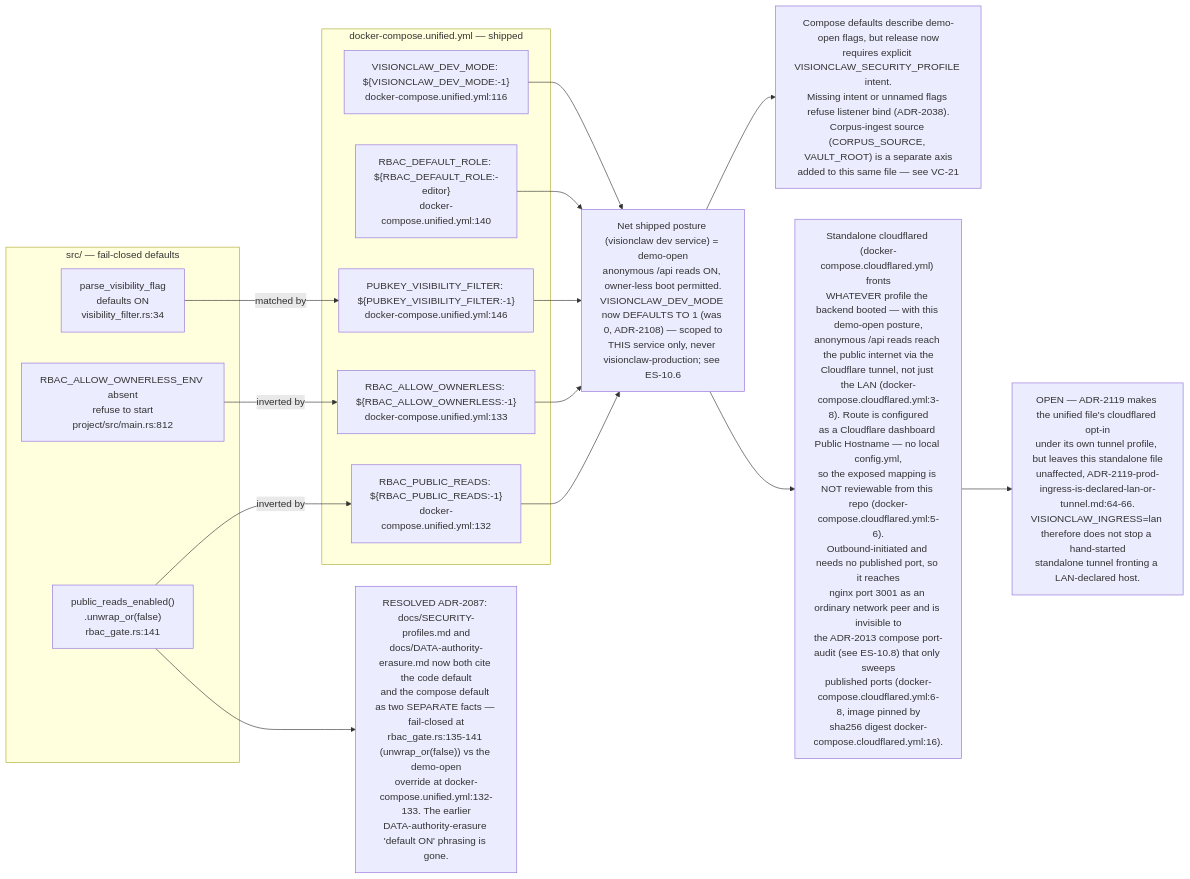
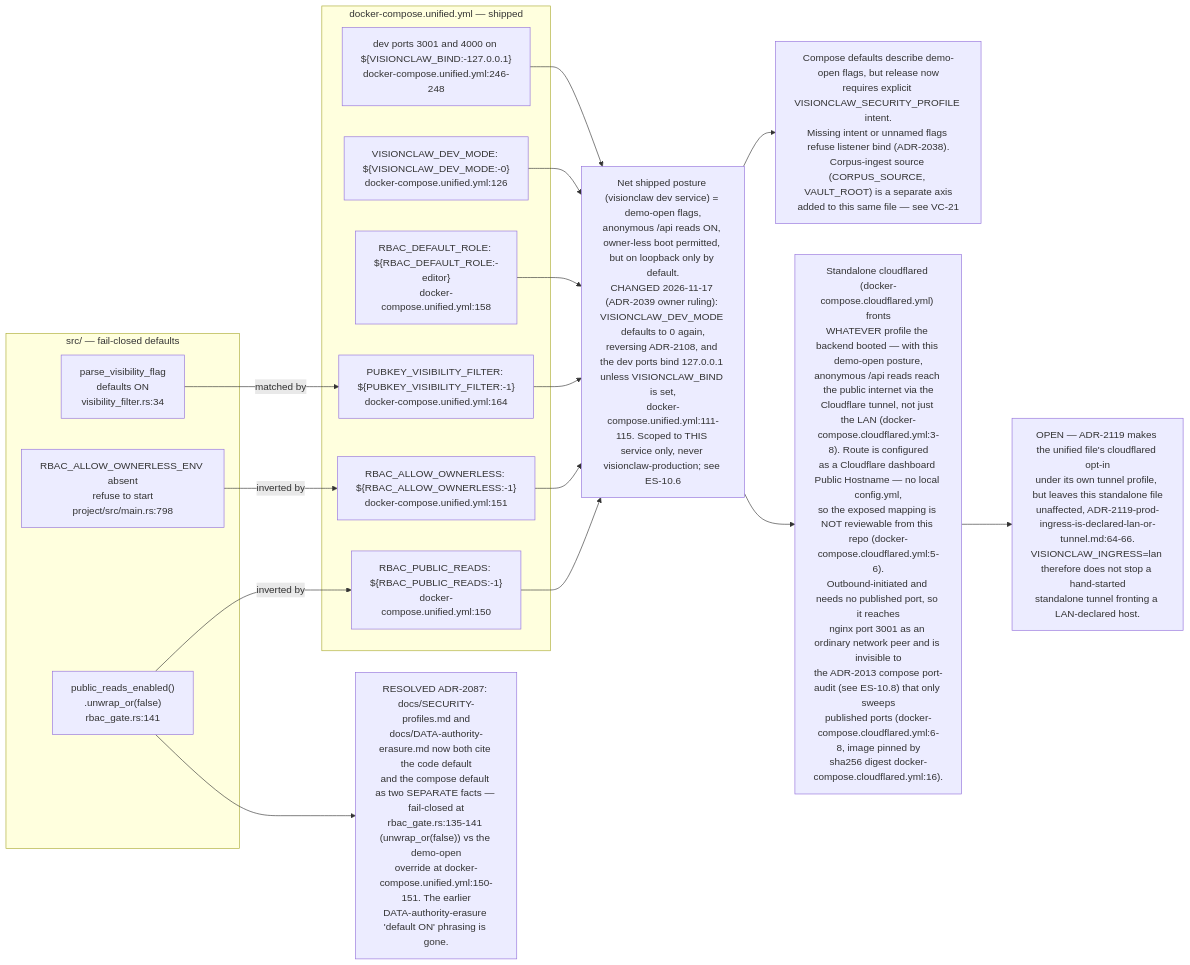
One commit to DreamLab-AI/VisionFlow changed the third of 11 diagrams in docs/diagrams/estate/10-deployment-and-security-profiles.md. Above: the diagram before and after it, drawn with Mermaid. The commit also changed other lines of this file and 5 other files, not shown here.

````diff
--- a/docs/diagrams/estate/10-deployment-and-security-profiles.md
+++ b/docs/diagrams/estate/10-deployment-and-security-profiles.md
@@ -151,33 +151,35 @@
 ```mermaid
 flowchart LR
     subgraph codeside["src/ — fail-closed defaults"]
         A1["public_reads_enabled()<br/>.unwrap_or(false)<br/>rbac_gate.rs:141"]
-        A2["RBAC_ALLOW_OWNERLESS_ENV absent<br/>refuse to start<br/>project/src/main.rs:812"]
+        A2["RBAC_ALLOW_OWNERLESS_ENV absent<br/>refuse to start<br/>project/src/main.rs:798"]
         A3["parse_visibility_flag<br/>defaults ON<br/>visibility_filter.rs:34"]
     end
     subgraph composeside["docker-compose.unified.yml — shipped"]
-        B1["RBAC_PUBLIC_READS: ${RBAC_PUBLIC_READS:-1}<br/>docker-compose.unified.yml:132"]
-        B2["RBAC_ALLOW_OWNERLESS: ${RBAC_ALLOW_OWNERLESS:-1}<br/>docker-compose.unified.yml:133"]
-        B3["PUBKEY_VISIBILITY_FILTER: ${PUBKEY_VISIBILITY_FILTER:-1}<br/>docker-compose.unified.yml:146"]
-        B4["RBAC_DEFAULT_ROLE: ${RBAC_DEFAULT_ROLE:-editor}<br/>docker-compose.unified.yml:140"]
-        B5["VISIONCLAW_DEV_MODE: ${VISIONCLAW_DEV_MODE:-1}<br/>docker-compose.unified.yml:116"]
+        B1["RBAC_PUBLIC_READS: ${RBAC_PUBLIC_READS:-1}<br/>docker-compose.unified.yml:150"]
+        B2["RBAC_ALLOW_OWNERLESS: ${RBAC_ALLOW_OWNERLESS:-1}<br/>docker-compose.unified.yml:151"]
+        B3["PUBKEY_VISIBILITY_FILTER: ${PUBKEY_VISIBILITY_FILTER:-1}<br/>docker-compose.unified.yml:164"]
+        B4["RBAC_DEFAULT_ROLE: ${RBAC_DEFAULT_ROLE:-editor}<br/>docker-compose.unified.yml:158"]
+        B5["VISIONCLAW_DEV_MODE: ${VISIONCLAW_DEV_MODE:-0}<br/>docker-compose.unified.yml:126"]
+        B6["dev ports 3001 and 4000 on ${VISIONCLAW_BIND:-127.0.0.1}<br/>docker-compose.unified.yml:246-248"]
     end
-    NET["Net shipped posture (visionclaw dev service) = demo-open<br/>anonymous /api reads ON, owner-less boot permitted.<br/>VISIONCLAW_DEV_MODE now DEFAULTS TO 1 (was 0, ADR-2108) — scoped to<br/>THIS service only, never visionclaw-production; see ES-10.6"]
+    NET["Net shipped posture (visionclaw dev service) = demo-open flags,<br/>anonymous /api reads ON, owner-less boot permitted, but on loopback only by default.<br/>CHANGED 2026-11-17 (ADR-2039 owner ruling): VISIONCLAW_DEV_MODE defaults to 0 again,<br/>reversing ADR-2108, and the dev ports bind 127.0.0.1 unless VISIONCLAW_BIND is set,<br/>docker-compose.unified.yml:111-115. Scoped to THIS service only, never visionclaw-production; see ES-10.6"]
     DRIFT1["Compose defaults describe demo-open flags, but release now<br/>requires explicit VISIONCLAW_SECURITY_PROFILE intent.<br/>Missing intent or unnamed flags refuse listener bind (ADR-2038).<br/>Corpus-ingest source (CORPUS_SOURCE, VAULT_ROOT) is a separate axis<br/>added to this same file — see VC-21"]
-    DRIFT2["RESOLVED ADR-2087: docs/SECURITY-profiles.md and<br/>docs/DATA-authority-erasure.md now both cite the code default<br/>and the compose default as two SEPARATE facts — fail-closed at<br/>rbac_gate.rs:135-141 (unwrap_or(false)) vs the demo-open<br/>override at docker-compose.unified.yml:132-133. The earlier<br/>DATA-authority-erasure 'default ON' phrasing is gone."]
+    DRIFT2["RESOLVED ADR-2087: docs/SECURITY-profiles.md and<br/>docs/DATA-authority-erasure.md now both cite the code default<br/>and the compose default as two SEPARATE facts — fail-closed at<br/>rbac_gate.rs:135-141 (unwrap_or(false)) vs the demo-open<br/>override at docker-compose.unified.yml:150-151. The earlier<br/>DATA-authority-erasure 'default ON' phrasing is gone."]
     CFT["Standalone cloudflared (docker-compose.cloudflared.yml) fronts<br/>WHATEVER profile the backend booted — with this demo-open posture,<br/>anonymous /api reads reach the public internet via the<br/>Cloudflare tunnel, not just the LAN (docker-compose.cloudflared.yml:3-8). Route is configured<br/>as a Cloudflare dashboard Public Hostname — no local config.yml,<br/>so the exposed mapping is NOT reviewable from this repo (docker-compose.cloudflared.yml:5-6).<br/>Outbound-initiated and needs no published port, so it reaches<br/>nginx port 3001 as an ordinary network peer and is invisible to<br/>the ADR-2013 compose port-audit (see ES-10.8) that only sweeps<br/>published ports (docker-compose.cloudflared.yml:6-8, image pinned by<br/>sha256 digest docker-compose.cloudflared.yml:16)."]
 
     A1 -- "inverted by" --> B1
     A2 -- "inverted by" --> B2
     A3 -- "matched by" --> B3
     B1 --> NET
     B2 --> NET
     B3 --> NET
     B4 --> NET
     B5 --> NET
+    B6 --> NET
     NET --> DRIFT1
     NET --> CFT
     LANGAP["OPEN — ADR-2119 makes the unified file's cloudflared opt-in<br/>under its own tunnel profile, but leaves this standalone file<br/>unaffected, ADR-2119-prod-ingress-is-declared-lan-or-tunnel.md:64-66.<br/>VISIONCLAW_INGRESS=lan therefore does not stop a hand-started<br/>standalone tunnel fronting a LAN-declared host."]
     CFT --> LANGAP
     A1 --> DRIFT2
 ```
````
